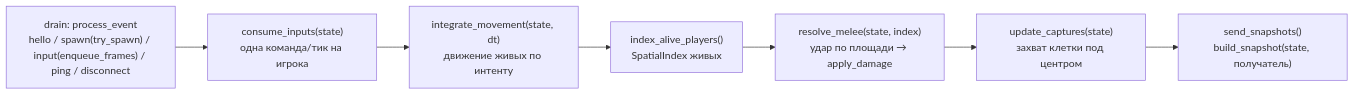
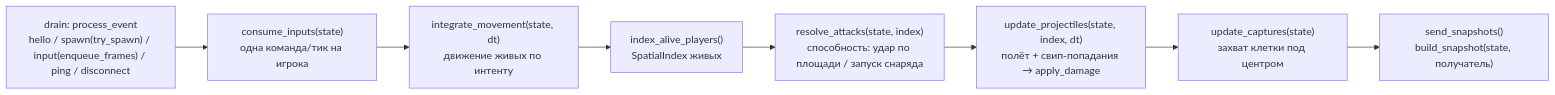
The fourth of 6 diagrams in server/docs/sequence-diagram.md (litcxx/Game), drawn with Mermaid before and after one commit. The commit also changed other lines of this file and 6 other files, not shown here.

````diff
--- a/server/docs/sequence-diagram.md
+++ b/server/docs/sequence-diagram.md
@@ -120,11 +120,12 @@
 ```mermaid
 flowchart LR
     drain["drain: process_event<br/>hello / spawn(try_spawn) / input(enqueue_frames) / ping / disconnect"]
     consume["consume_inputs(state)<br/>одна команда/тик на игрока"]
     move["integrate_movement(state, dt)<br/>движение живых по интенту"]
     index["index_alive_players()<br/>SpatialIndex живых"]
-    combat["resolve_melee(state, index)<br/>удар по площади → apply_damage"]
+    combat["resolve_attacks(state, index)<br/>способность: удар по площади / запуск снаряда"]
+    proj["update_projectiles(state, index, dt)<br/>полёт + свип-попадания → apply_damage"]
     cap["update_captures(state)<br/>захват клетки под центром"]
     snap["send_snapshots()<br/>build_snapshot(state, получатель)"]
-    drain --> consume --> move --> index --> combat --> cap --> snap
+    drain --> consume --> move --> index --> combat --> proj --> cap --> snap
 ```
````
